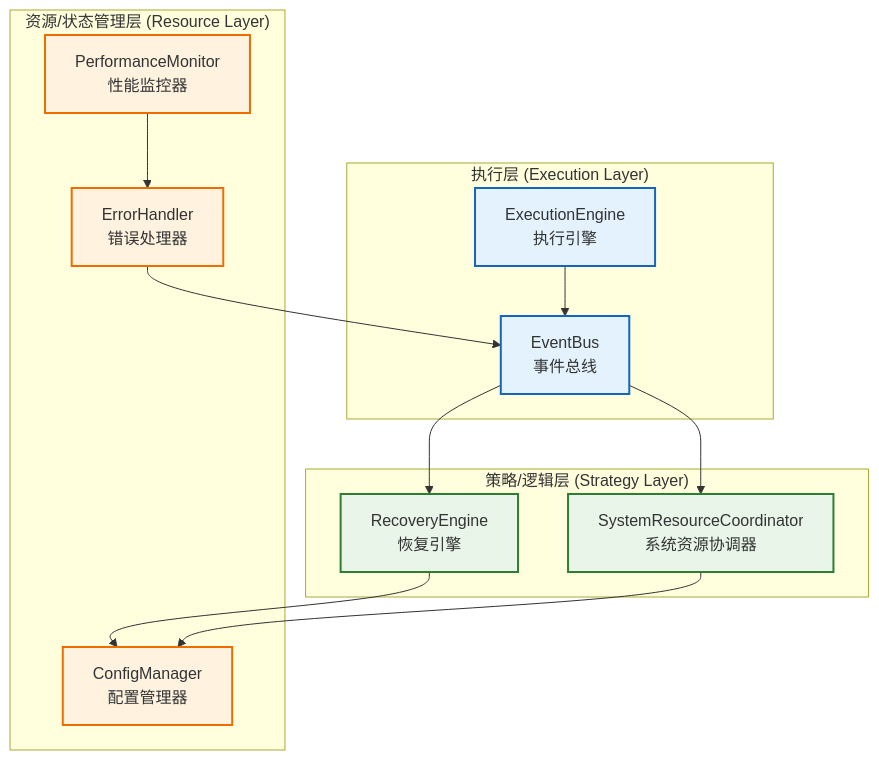
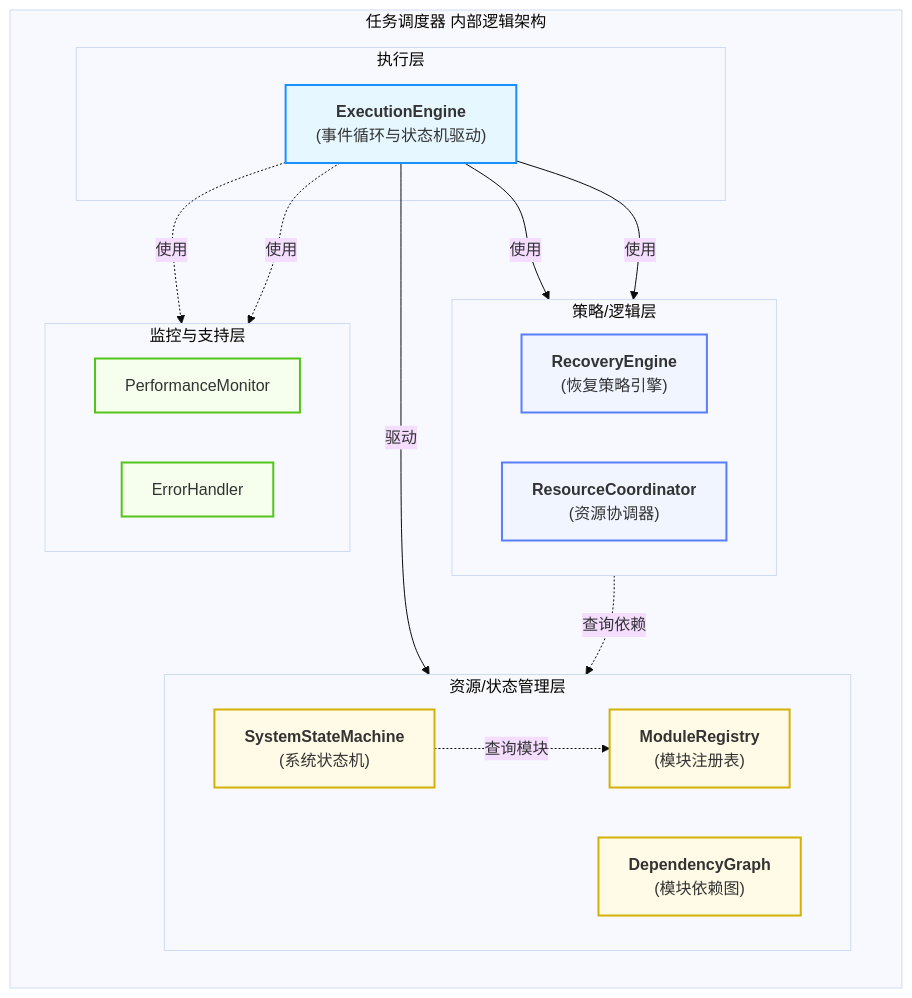
One commit to wendizhou99-cell/Radar changed the second of 9 diagrams in docs/01_项目设计/02_模块设计/05_任务调度器设计.md. Above: the diagram before and after it, drawn with Mermaid. The commit also changed other lines of this file and 26 other files, not shown here.

First line of the commit message:
docs: 完成数据架构文档系列重构和Mermaid可视化指南增强

````diff
--- a/docs/01_项目设计/02_模块设计/05_任务调度器设计.md
+++ b/docs/01_项目设计/02_模块设计/05_任务调度器设计.md
@@ -230,34 +153,63 @@
 ```mermaid
-graph TB
-    subgraph "执行层 (Execution Layer)"
-        EE[ExecutionEngine<br/>执行引擎]
-        EB[EventBus<br/>事件总线]
+---
+  config:
+    theme: base
+    flowchart:
+      curve: basis
+---
+graph TD
+    %% --- 图例 (上下文颜色语义) ---
+    %% 执行层 (浅蓝): 模块的核心驱动与事件循环。
+    %% 策略/逻辑层 (淡紫): 实现具体协调与决策逻辑的引擎。
+    %% 资源/状态管理层 (浅黄): 负责数据、状态和依赖关系的管理。
+    %% 监控与支持层 (浅绿): 提供性能监控、错误处理等横切关注点功能。
+
+    subgraph "任务调度器 内部逻辑架构"
+        direction TB
+
+        subgraph "执行层"
+            EXEC_ENGINE["<b>ExecutionEngine</b><br/>(事件循环与状态机驱动)"]
+        end
+
+        subgraph "策略/逻辑层"
+            direction LR
+            RECOVERY_ENGINE["<b>RecoveryEngine</b><br/>(恢复策略引擎)"]
+            RESOURCE_COORDINATOR["<b>ResourceCoordinator</b><br/>(资源协调器)"]
+        end
+
+        subgraph "资源/状态管理层"
+            direction LR
+            MODULE_REGISTRY["<b>ModuleRegistry</b><br/>(模块注册表)"]
+            DEPENDENCY_GRAPH["<b>DependencyGraph</b><br/>(模块依赖图)"]
+            SYSTEM_STATEMACHINE["<b>SystemStateMachine</b><br/>(系统状态机)"]
+        end
+
+        subgraph "监控与支持层"
+            direction LR
+            PERF_MONITOR["PerformanceMonitor"]
+            ERROR_HANDLER["ErrorHandler"]
+        end
     end
 
-    subgraph "策略/逻辑层 (Strategy Layer)"
-        RE[RecoveryEngine<br/>恢复引擎]
-        RC[SystemResourceCoordinator<br/>系统资源协调器]
-    end
+    %% --- 关系定义 ---
+    EXEC_ENGINE -- "驱动" --> SYSTEM_STATEMACHINE
+    EXEC_ENGINE -- "使用" --> RECOVERY_ENGINE
+    EXEC_ENGINE -- "使用" --> RESOURCE_COORDINATOR
 
-    subgraph "资源/状态管理层 (Resource Layer)"
-        CM[ConfigManager<br/>配置管理器]
-        PM[PerformanceMonitor<br/>性能监控器]
-        EH[ErrorHandler<br/>错误处理器]
-    end
+    RECOVERY_ENGINE -.->|查询依赖| DEPENDENCY_GRAPH
+    SYSTEM_STATEMACHINE -.->|查询模块| MODULE_REGISTRY
 
-    EE --> EB
-    EB --> RE
-    EB --> RC
-    RE --> CM
-    RC --> CM
-    PM --> EH
-    EH --> EB
+    EXEC_ENGINE -.->|使用| PERF_MONITOR & ERROR_HANDLER
 
-    classDef execution fill:#e3f2fd,stroke:#1565c0,stroke-width:2px
-    classDef strategy fill:#e8f5e8,stroke:#2e7d32,stroke-width:2px
-    classDef resource fill:#fff3e0,stroke:#ef6c00,stroke-width:2px
+    %% --- 标准 classDef 模板 ---
+    classDef role_A fill:#e6f7ff,stroke:#1890ff,stroke-width:2px
+    classDef role_D fill:#f0f5ff,stroke:#597ef7,stroke-width:2px
+    classDef role_C fill:#fffbe6,stroke:#d4b106,stroke-width:2px
+    classDef role_B fill:#f6ffed,stroke:#52c41a,stroke-width:2px
 
-    class EE,EB execution
-    class RE,RC strategy
-    class CM,PM,EH resource
+    %% --- 样式应用 ---
+    class EXEC_ENGINE role_A
+    class RECOVERY_ENGINE,RESOURCE_COORDINATOR role_D
+    class MODULE_REGISTRY,DEPENDENCY_GRAPH,SYSTEM_STATEMACHINE role_C
+    class PERF_MONITOR,ERROR_HANDLER role_B
 ```
````
